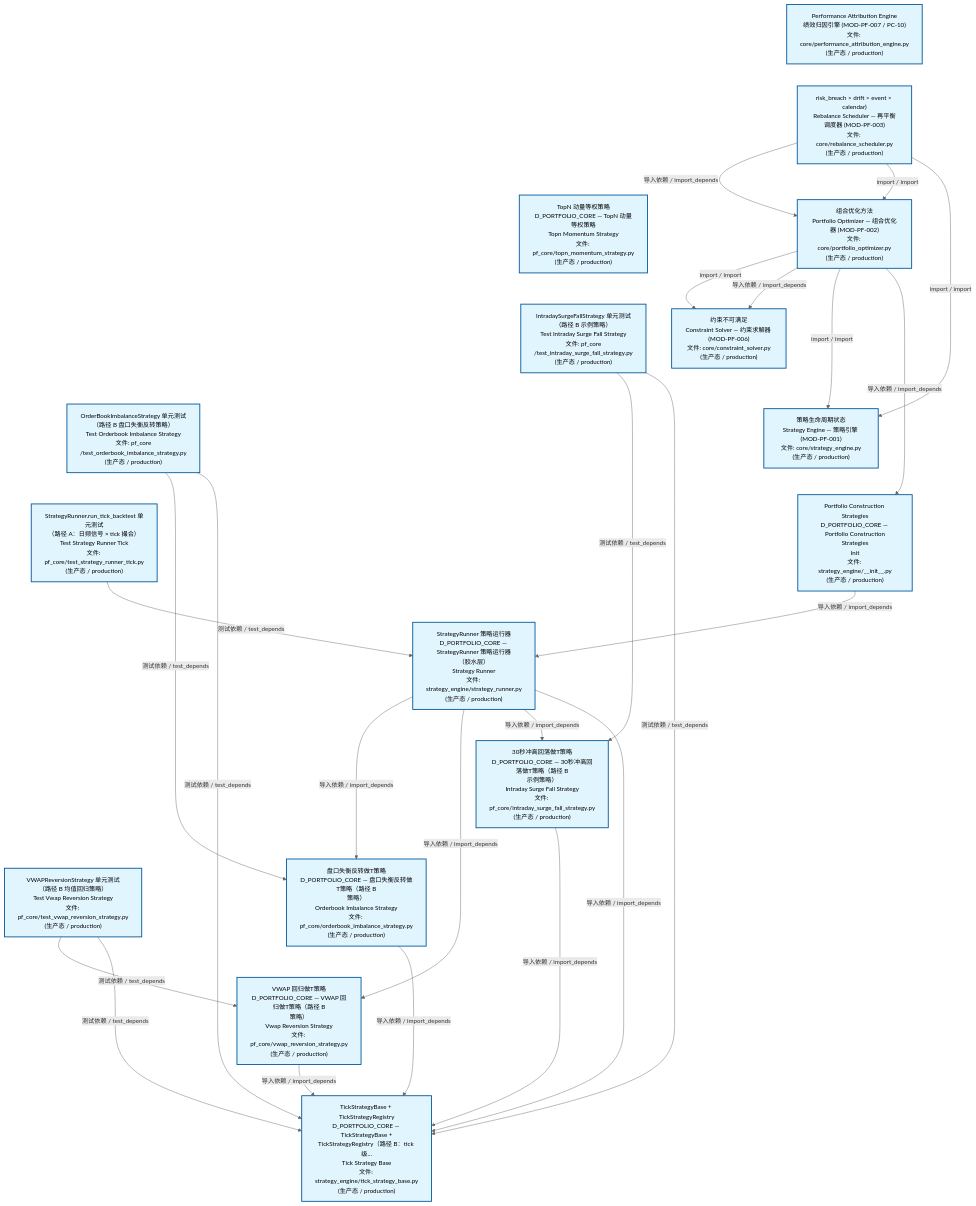
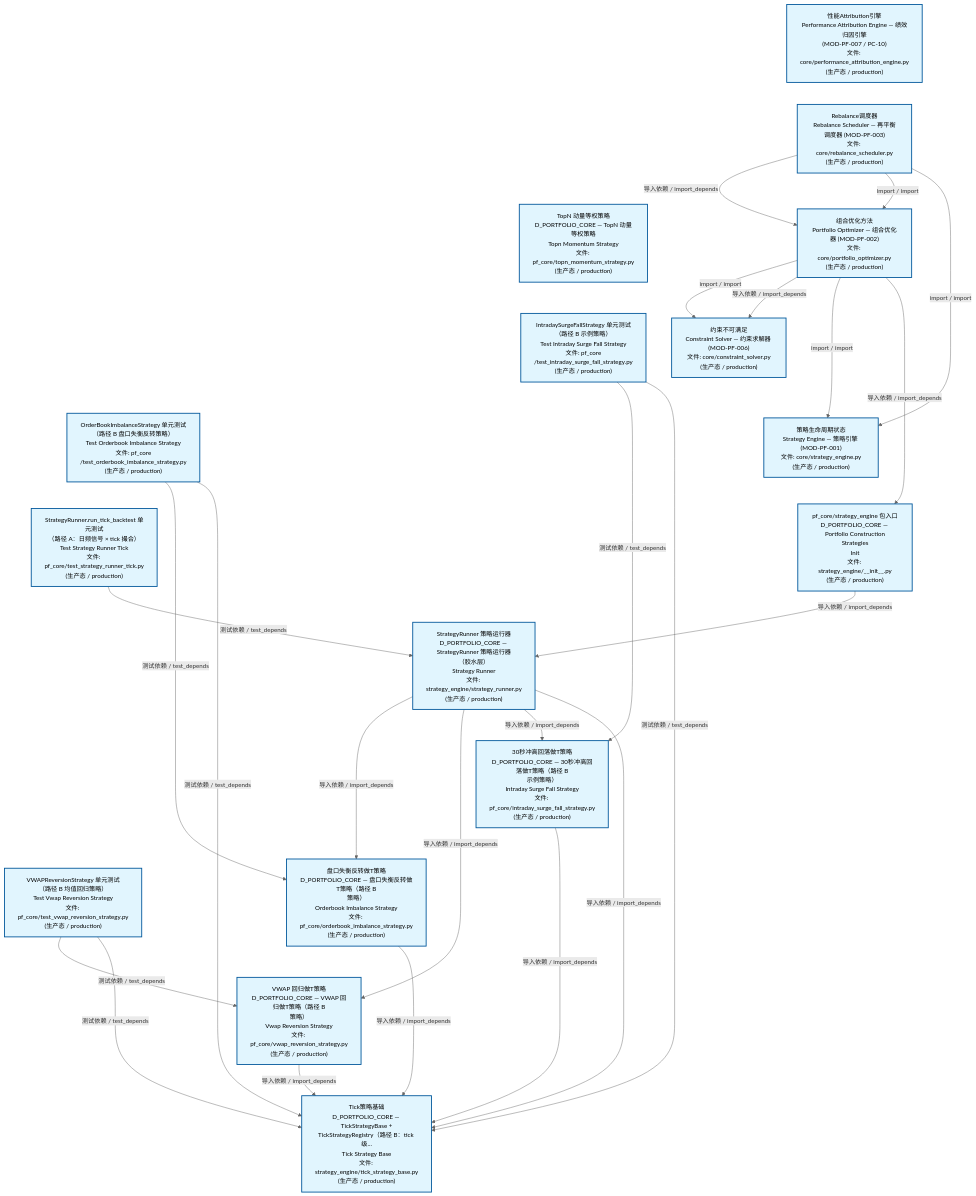
Before and after one commit to xuanFelixVan/ZephyrAlpha: the second of 3 diagrams in docs/02_enterprise_architecture/02_domain_architecture_docs/63_d_pf_core.md, drawn with Mermaid. The commit also changed other lines of this file and 56 other files, not shown here.

````diff
--- a/docs/02_enterprise_architecture/02_domain_architecture_docs/63_d_pf_core.md
+++ b/docs/02_enterprise_architecture/02_domain_architecture_docs/63_d_pf_core.md
@@ -140,57 +140,57 @@
 ```mermaid
 %%{init: {'theme': 'base', 'themeVariables': {'primaryColor': '#eaeaea', 'primaryTextColor': '#333333', 'primaryBorderColor': '#666666', 'lineColor': '#666666', 'secondaryColor': '#eaeaea', 'tertiaryColor': '#eaeaea', 'fontSize': '14px'}}}%%
 flowchart TD
-    src_zephyr_pf_core_core_performance_attribution_engine_py["Performance Attribution Engine<br/>绩效归因引擎 (MOD-PF-007 / PC-10)<br/>文件: core/performance_attribution_engine.py<br/>(生产态 / production)"]
-    src_zephyr_pf_core_core_rebalance_scheduler_py["risk_breach > drift > event > calendar)<br/>Rebalance Scheduler — 再平衡调度器 (MOD-PF-003)<br/>文件: core/rebalance_scheduler.py<br/>(生产态 / production)"]
+    src_zephyr_pf_core_core_performance_attribution_engine_py["性能Attribution引擎<br/>Performance Attribution Engine — 绩效归因引擎<br/>(MOD-PF-007 / PC-10)<br/>文件: core/performance_attribution_engine.py<br/>(生产态 / production)"]
+    src_zephyr_pf_core_core_rebalance_scheduler_py["Rebalance调度器<br/>Rebalance Scheduler — 再平衡调度器 (MOD-PF-003)<br/>文件: core/rebalance_scheduler.py<br/>(生产态 / production)"]
     src_zephyr_pf_core_topn_momentum_strategy_py["TopN 动量等权策略<br/>D_PORTFOLIO_CORE — TopN 动量等权策略<br/>Topn Momentum Strategy<br/>文件: pf_core/topn_momentum_strategy.py<br/>(生产态 / production)"]
     tests_pf_core_test_intraday_surge_fall_strategy_py["IntradaySurgeFallStrategy 单元测试<br/>（路径 B 示例策略）<br/>Test Intraday Surge Fall Strategy<br/>文件: pf_core<br/>/test_intraday_surge_fall_strategy.py<br/>(生产态 / production)"]
     tests_pf_core_test_orderbook_imbalance_strategy_py["OrderBookImbalanceStrategy 单元测试<br/>（路径 B 盘口失衡反转策略）<br/>Test Orderbook Imbalance Strategy<br/>文件: pf_core<br/>/test_orderbook_imbalance_strategy.py<br/>(生产态 / production)"]
     tests_pf_core_test_strategy_runner_tick_py["StrategyRunner.run_tick_backtest 单元测试<br/>（路径 A：日频信号 × tick 撮合）<br/>Test Strategy Runner Tick<br/>文件: pf_core/test_strategy_runner_tick.py<br/>(生产态 / production)"]
     tests_pf_core_test_vwap_reversion_strategy_py["VWAPReversionStrategy 单元测试<br/>（路径 B 均值回归策略）<br/>Test Vwap Reversion Strategy<br/>文件: pf_core/test_vwap_reversion_strategy.py<br/>(生产态 / production)"]
     src_zephyr_pf_core_core_performance_attribution_engine_py ~~~ src_zephyr_pf_core_core_rebalance_scheduler_py
     src_zephyr_pf_core_core_rebalance_scheduler_py ~~~ src_zephyr_pf_core_topn_momentum_strategy_py
     src_zephyr_pf_core_topn_momentum_strategy_py ~~~ tests_pf_core_test_intraday_surge_fall_strategy_py
     tests_pf_core_test_intraday_surge_fall_strategy_py ~~~ tests_pf_core_test_orderbook_imbalance_strategy_py
     tests_pf_core_test_orderbook_imbalance_strategy_py ~~~ tests_pf_core_test_strategy_runner_tick_py
     tests_pf_core_test_strategy_runner_tick_py ~~~ tests_pf_core_test_vwap_reversion_strategy_py
     src_zephyr_pf_core_core_portfolio_optimizer_py["组合优化方法<br/>Portfolio Optimizer — 组合优化器 (MOD-PF-002)<br/>文件: core/portfolio_optimizer.py<br/>(生产态 / production)"]
     src_zephyr_pf_core_core_constraint_solver_py["约束不可满足<br/>Constraint Solver — 约束求解器 (MOD-PF-006)<br/>文件: core/constraint_solver.py<br/>(生产态 / production)"]
     src_zephyr_pf_core_core_strategy_engine_py["策略生命周期状态<br/>Strategy Engine — 策略引擎 (MOD-PF-001)<br/>文件: core/strategy_engine.py<br/>(生产态 / production)"]
-    src_zephyr_pf_core_strategy_engine_init_py["Portfolio Construction Strategies<br/>D_PORTFOLIO_CORE — Portfolio Construction<br/>Strategies<br/>Init<br/>文件: strategy_engine/__init__.py<br/>(生产态 / production)"]
+    src_zephyr_pf_core_strategy_engine_init_py["pf_core/strategy_engine 包入口<br/>D_PORTFOLIO_CORE — Portfolio Construction<br/>Strategies<br/>Init<br/>文件: strategy_engine/__init__.py<br/>(生产态 / production)"]
     src_zephyr_pf_core_core_constraint_solver_py ~~~ src_zephyr_pf_core_core_strategy_engine_py
     src_zephyr_pf_core_core_strategy_engine_py ~~~ src_zephyr_pf_core_strategy_engine_init_py
     src_zephyr_pf_core_strategy_engine_strategy_runner_py["StrategyRunner 策略运行器<br/>D_PORTFOLIO_CORE — StrategyRunner 策略运行器<br/>（胶水层）<br/>Strategy Runner<br/>文件: strategy_engine/strategy_runner.py<br/>(生产态 / production)"]
     src_zephyr_pf_core_intraday_surge_fall_strategy_py["30秒冲高回落做T策略<br/>D_PORTFOLIO_CORE — 30秒冲高回落做T策略（路径 B<br/>示例策略）<br/>Intraday Surge Fall Strategy<br/>文件: pf_core/intraday_surge_fall_strategy.py<br/>(生产态 / production)"]
     src_zephyr_pf_core_orderbook_imbalance_strategy_py["盘口失衡反转做T策略<br/>D_PORTFOLIO_CORE — 盘口失衡反转做T策略（路径 B<br/>策略）<br/>Orderbook Imbalance Strategy<br/>文件: pf_core/orderbook_imbalance_strategy.py<br/>(生产态 / production)"]
     src_zephyr_pf_core_vwap_reversion_strategy_py["VWAP 回归做T策略<br/>D_PORTFOLIO_CORE — VWAP 回归做T策略（路径 B<br/>策略）<br/>Vwap Reversion Strategy<br/>文件: pf_core/vwap_reversion_strategy.py<br/>(生产态 / production)"]
     src_zephyr_pf_core_intraday_surge_fall_strategy_py ~~~ src_zephyr_pf_core_orderbook_imbalance_strategy_py
     src_zephyr_pf_core_orderbook_imbalance_strategy_py ~~~ src_zephyr_pf_core_vwap_reversion_strategy_py
-    src_zephyr_pf_core_strategy_engine_tick_strategy_base_py["TickStrategyBase + TickStrategyRegistry<br/>D_PORTFOLIO_CORE — TickStrategyBase +<br/>TickStrategyRegistry（路径 B：tick 级...<br/>Tick Strategy Base<br/>文件: strategy_engine/tick_strategy_base.py<br/>(生产态 / production)"]
+    src_zephyr_pf_core_strategy_engine_tick_strategy_base_py["Tick策略基础<br/>D_PORTFOLIO_CORE — TickStrategyBase +<br/>TickStrategyRegistry（路径 B：tick 级...<br/>Tick Strategy Base<br/>文件: strategy_engine/tick_strategy_base.py<br/>(生产态 / production)"]
     src_zephyr_pf_core_orderbook_imbalance_strategy_py -->|导入依赖 / import_depends| src_zephyr_pf_core_strategy_engine_tick_strategy_base_py
     src_zephyr_pf_core_vwap_reversion_strategy_py -->|导入依赖 / import_depends| src_zephyr_pf_core_strategy_engine_tick_strategy_base_py
     src_zephyr_pf_core_intraday_surge_fall_strategy_py -->|导入依赖 / import_depends| src_zephyr_pf_core_strategy_engine_tick_strategy_base_py
+    src_zephyr_pf_core_core_rebalance_scheduler_py -->|导入依赖 / import_depends| src_zephyr_pf_core_core_portfolio_optimizer_py
+    src_zephyr_pf_core_core_rebalance_scheduler_py -->|import / import| src_zephyr_pf_core_core_portfolio_optimizer_py
+    src_zephyr_pf_core_core_rebalance_scheduler_py -->|import / import| src_zephyr_pf_core_core_strategy_engine_py
     src_zephyr_pf_core_core_portfolio_optimizer_py -->|import / import| src_zephyr_pf_core_core_constraint_solver_py
     src_zephyr_pf_core_core_portfolio_optimizer_py -->|导入依赖 / import_depends| src_zephyr_pf_core_core_constraint_solver_py
     src_zephyr_pf_core_core_portfolio_optimizer_py -->|import / import| src_zephyr_pf_core_core_strategy_engine_py
     src_zephyr_pf_core_core_portfolio_optimizer_py -->|导入依赖 / import_depends| src_zephyr_pf_core_strategy_engine_init_py
     src_zephyr_pf_core_strategy_engine_strategy_runner_py -->|导入依赖 / import_depends| src_zephyr_pf_core_orderbook_imbalance_strategy_py
     src_zephyr_pf_core_strategy_engine_strategy_runner_py -->|导入依赖 / import_depends| src_zephyr_pf_core_vwap_reversion_strategy_py
     src_zephyr_pf_core_strategy_engine_strategy_runner_py -->|导入依赖 / import_depends| src_zephyr_pf_core_intraday_surge_fall_strategy_py
     src_zephyr_pf_core_strategy_engine_strategy_runner_py -->|导入依赖 / import_depends| src_zephyr_pf_core_strategy_engine_tick_strategy_base_py
-    src_zephyr_pf_core_core_rebalance_scheduler_py -->|导入依赖 / import_depends| src_zephyr_pf_core_core_portfolio_optimizer_py
-    src_zephyr_pf_core_core_rebalance_scheduler_py -->|import / import| src_zephyr_pf_core_core_portfolio_optimizer_py
-    src_zephyr_pf_core_core_rebalance_scheduler_py -->|import / import| src_zephyr_pf_core_core_strategy_engine_py
     src_zephyr_pf_core_strategy_engine_init_py -->|导入依赖 / import_depends| src_zephyr_pf_core_strategy_engine_strategy_runner_py
     tests_pf_core_test_intraday_surge_fall_strategy_py -->|测试依赖 / test_depends| src_zephyr_pf_core_intraday_surge_fall_strategy_py
     tests_pf_core_test_intraday_surge_fall_strategy_py -->|测试依赖 / test_depends| src_zephyr_pf_core_strategy_engine_tick_strategy_base_py
     tests_pf_core_test_orderbook_imbalance_strategy_py -->|测试依赖 / test_depends| src_zephyr_pf_core_orderbook_imbalance_strategy_py
     tests_pf_core_test_orderbook_imbalance_strategy_py -->|测试依赖 / test_depends| src_zephyr_pf_core_strategy_engine_tick_strategy_base_py
     tests_pf_core_test_strategy_runner_tick_py -->|测试依赖 / test_depends| src_zephyr_pf_core_strategy_engine_strategy_runner_py
     tests_pf_core_test_vwap_reversion_strategy_py -->|测试依赖 / test_depends| src_zephyr_pf_core_vwap_reversion_strategy_py
     tests_pf_core_test_vwap_reversion_strategy_py -->|测试依赖 / test_depends| src_zephyr_pf_core_strategy_engine_tick_strategy_base_py
     classDef production fill:#e1f5fe,stroke:#01579b,stroke-width:2px,color:#000
     classDef design fill:#fff3e0,stroke:#e65100,stroke-width:2px,color:#000,stroke-dasharray: 5 5
     classDef external_prod fill:#e8f4fd,stroke:#0277bd,stroke-width:1px,color:#000
     classDef external_design fill:#fff8e7,stroke:#ef6c00,stroke-width:1px,color:#000,stroke-dasharray: 5 5
     class src_zephyr_pf_core_core_constraint_solver_py,src_zephyr_pf_core_core_performance_attribution_engine_py,src_zephyr_pf_core_core_portfolio_optimizer_py,src_zephyr_pf_core_core_rebalance_scheduler_py,src_zephyr_pf_core_core_strategy_engine_py,src_zephyr_pf_core_intraday_surge_fall_strategy_py,src_zephyr_pf_core_orderbook_imbalance_strategy_py,src_zephyr_pf_core_strategy_engine_init_py,src_zephyr_pf_core_strategy_engine_strategy_runner_py,src_zephyr_pf_core_strategy_engine_tick_strategy_base_py,src_zephyr_pf_core_topn_momentum_strategy_py,src_zephyr_pf_core_vwap_reversion_strategy_py,tests_pf_core_test_intraday_surge_fall_strategy_py,tests_pf_core_test_orderbook_imbalance_strategy_py,tests_pf_core_test_strategy_runner_tick_py,tests_pf_core_test_vwap_reversion_strategy_py production
 ```
````
